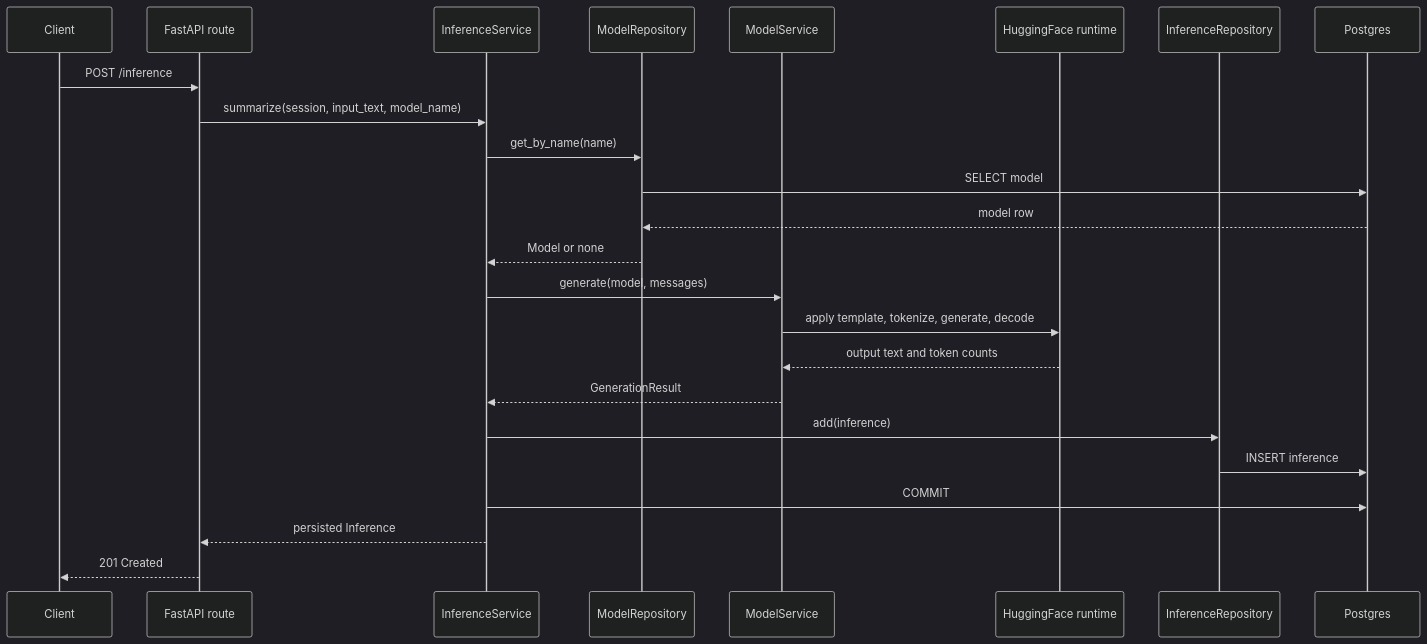
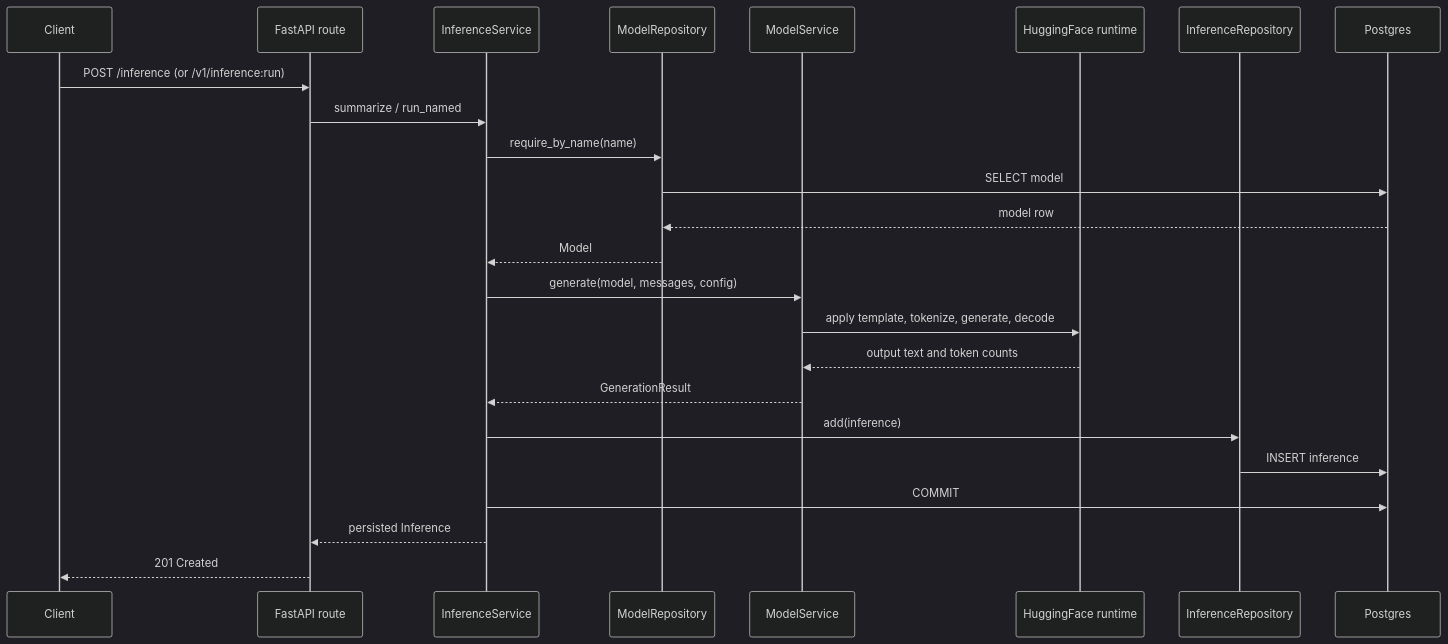
The second of 2 diagrams in docs/architecture.md (DimitarAtanassov/arc-model-lab), drawn with Mermaid (dark theme) before and after one commit. The commit also changed other lines of this file and 3 other files, not shown here.

````diff
--- a/docs/architecture.md
+++ b/docs/architecture.md
@@ -231,27 +153,27 @@
 ```mermaid
 sequenceDiagram
     participant Client
     participant API as FastAPI route
     participant Svc as InferenceService
     participant Cat as ModelRepository
     participant MS as ModelService
     participant HF as HuggingFace runtime
     participant Repo as InferenceRepository
     participant DB as Postgres
 
-    Client->>API: POST /inference
-    API->>Svc: summarize(session, input_text, model_name)
-    Svc->>Cat: get_by_name(name)
+    Client->>API: POST /inference (or /v1/inference:run)
+    API->>Svc: summarize / run_named
+    Svc->>Cat: require_by_name(name)
     Cat->>DB: SELECT model
     DB-->>Cat: model row
-    Cat-->>Svc: Model or none
-    Svc->>MS: generate(model, messages)
+    Cat-->>Svc: Model
+    Svc->>MS: generate(model, messages, config)
     MS->>HF: apply template, tokenize, generate, decode
     HF-->>MS: output text and token counts
     MS-->>Svc: GenerationResult
     Svc->>Repo: add(inference)
     Repo->>DB: INSERT inference
     Svc->>DB: COMMIT
     Svc-->>API: persisted Inference
     API-->>Client: 201 Created
 ```
````
